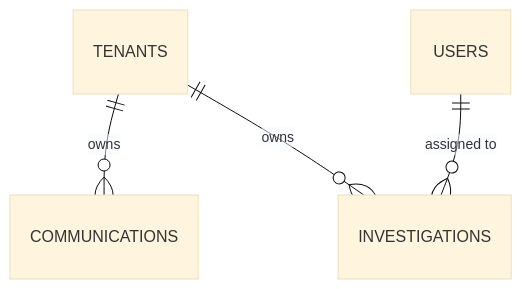
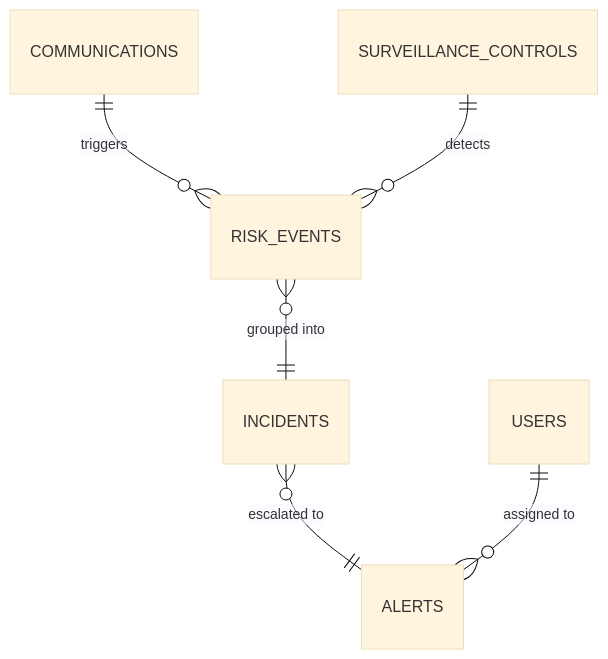
The diagram in backend/modules/domains/b2b/bank_surveillance/docs/technical/schema.md (nkumar15/communication-analysis), drawn with Mermaid (base theme) before and after one commit. The commit also changed other lines of this file and 5 other files, not shown here.

Commit message:
(feature): ingestion detection and alert architecture

````diff
--- a/backend/modules/domains/b2b/bank_surveillance/docs/technical/schema.md
+++ b/backend/modules/domains/b2b/bank_surveillance/docs/technical/schema.md
@@ -84,6 +98,8 @@
 ```mermaid
 erDiagram
-    TENANTS ||--o{ COMMUNICATIONS : "owns"
-    TENANTS ||--o{ INVESTIGATIONS : "owns"
-    USERS ||--o{ INVESTIGATIONS : "assigned to"
+    COMMUNICATIONS ||--o{ RISK_EVENTS : "triggers"
+    SURVEILLANCE_CONTROLS ||--o{ RISK_EVENTS : "detects"
+    RISK_EVENTS }o--|| INCIDENTS : "grouped into"
+    INCIDENTS }o--|| ALERTS : "escalated to"
+    USERS ||--o{ ALERTS : "assigned to"
 ```
````
